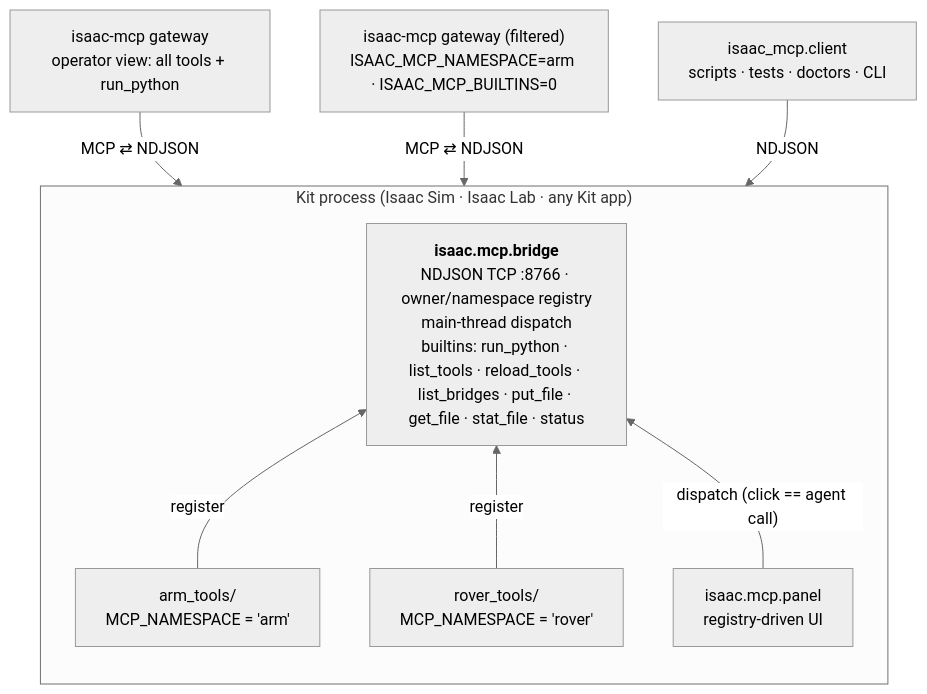
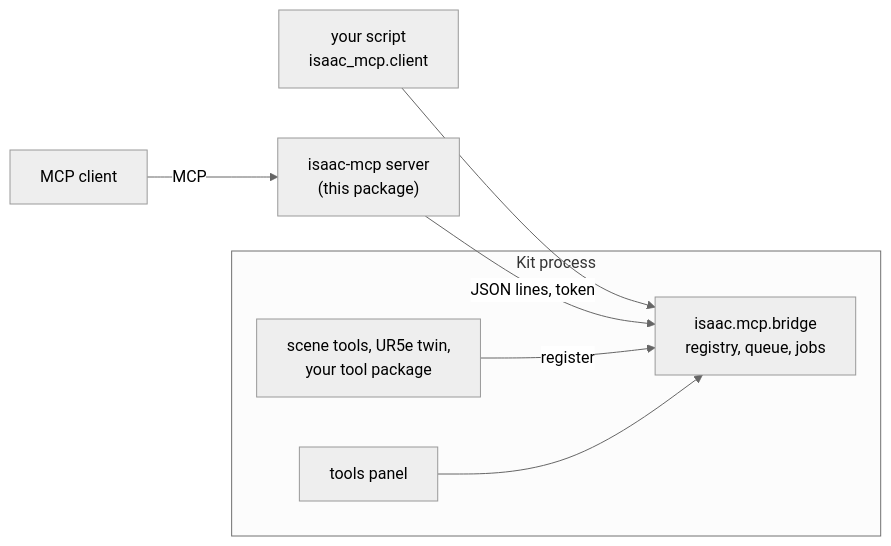
Before and after one commit to kalebcoleman/isaac-mcp: the diagram in mcp/README.md, drawn with Mermaid (neutral theme). The commit also changed other lines of this file and 41 other files, not shown here.

Commit message:
Grouped tool names in what the server says; docs, checker and diagram for the redesign

````diff
--- a/mcp/README.md
+++ b/mcp/README.md
@@ -59,13 +59,11 @@
 ```mermaid
-flowchart TB
-    subgraph kit["Kit process (Isaac Sim · Isaac Lab · any Kit app)"]
-        direction BT
-        BRIDGE["<b>isaac.mcp.bridge</b><br/>NDJSON TCP :8766 · owner/namespace registry<br/>main-thread dispatch<br/>builtins: run_python · list_tools · reload_tools · list_bridges · put_file · get_file · stat_file · status"]
-        ARM["arm_tools/<br/>MCP_NAMESPACE = 'arm'"] -->|register| BRIDGE
-        ROVER["rover_tools/<br/>MCP_NAMESPACE = 'rover'"] -->|register| BRIDGE
-        PANEL["isaac.mcp.panel<br/>registry-driven UI"] -->|"dispatch (click == agent call)"| BRIDGE
+flowchart LR
+    AGENT["MCP client"] -->|MCP| HOST["isaac-mcp server<br/>(this package)"]
+    SCRIPT["your script<br/>isaac_mcp.client"] --> BRIDGE
+    HOST -->|"JSON lines, token"| BRIDGE
+    subgraph kit["Kit process"]
+        BRIDGE["isaac.mcp.bridge<br/>registry, queue, jobs"]
+        PACKS["scene tools, UR5e twin,<br/>your tool package"] -->|register| BRIDGE
+        PANEL["tools panel"] --> BRIDGE
     end
-    GW["isaac-mcp gateway<br/>operator view: all tools + run_python"] -->|MCP ⇄ NDJSON| BRIDGE
-    GWF["isaac-mcp gateway (filtered)<br/>ISAAC_MCP_NAMESPACE=arm · ISAAC_MCP_BUILTINS=0"] -->|MCP ⇄ NDJSON| BRIDGE
-    CLI["isaac_mcp.client<br/>scripts · tests · doctors · CLI"] -->|NDJSON| BRIDGE
 ```
````
